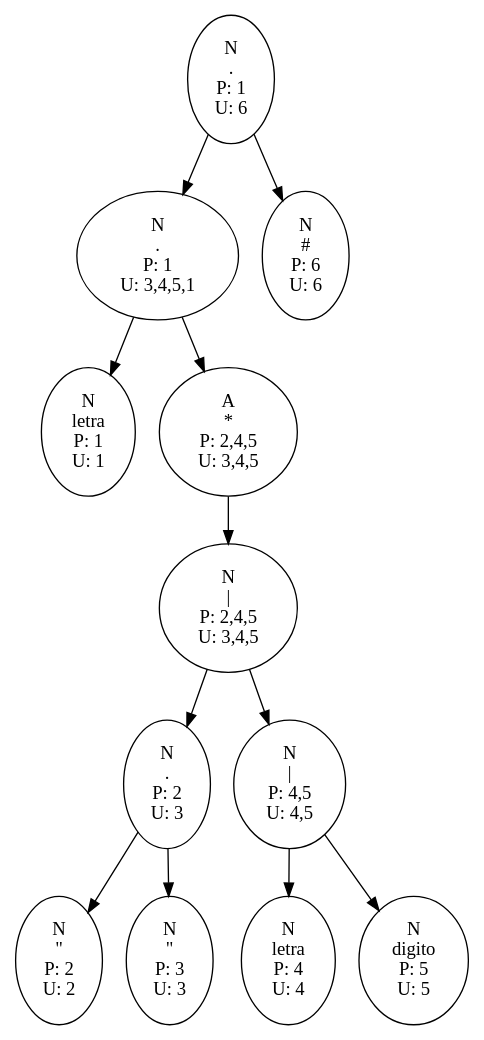
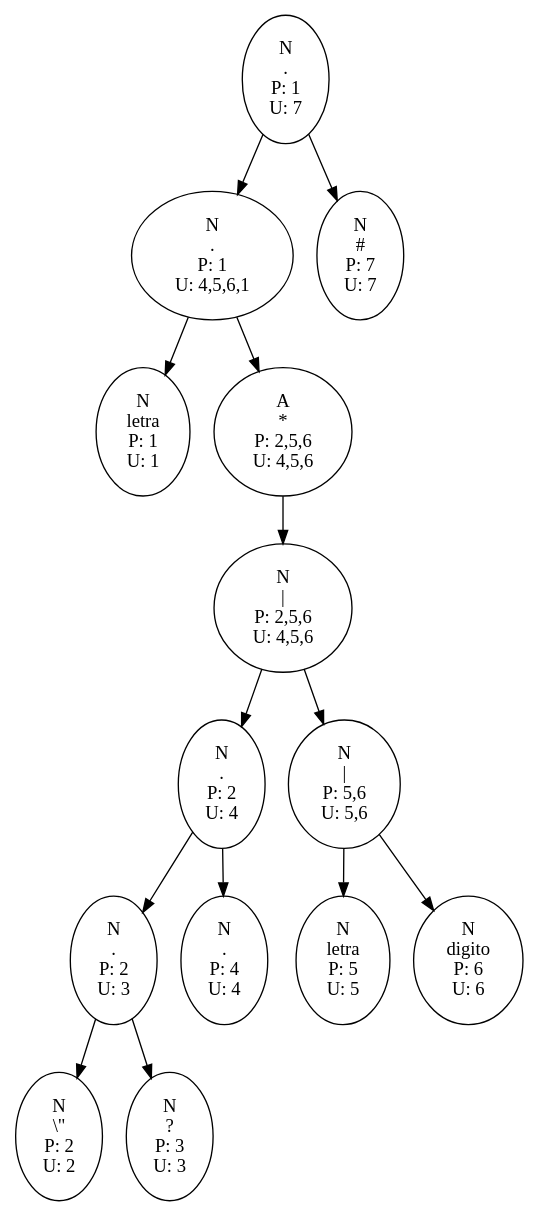
One commit to EstuardoSon/OCL1_202003894_P1 changed the diagram in Reportes_202003894/Arboles_202003894/ExpReg1.dot. Above: the diagram before and after it, drawn with Graphviz. The commit also changed 16 other files, not shown here.

```diff
--- a/Reportes_202003894/Arboles_202003894/ExpReg1.dot
+++ b/Reportes_202003894/Arboles_202003894/ExpReg1.dot
@@ -1,61 +1,71 @@
 digraph G{
-N6->N1
+N7->N1
 N1->1
 1[label="N
 letra
 P: 1
 U: 1"];
 N1[label="N
 .
 P: 1
-U: 3,4,5,1"];
-N1->N5
-N5->N3
+U: 4,5,6,1"];
+N1->N6
+N6->N4
+N4->N3
 N3->N2
 N2->2
 2[label="N
-\"
+\\\"
 P: 2
 U: 2"];
 N2[label="N
 .
 P: 2
 U: 3"];
 N2->3
 3[label="N
-\"
+\?
 P: 3
 U: 3"];
 N3[label="N
-|
-P: 2,4,5
-U: 3,4,5"];
-N3->N4
-N4->4
+.
+P: 2
+U: 4"];
+N3->4
 4[label="N
-letra
+.
 P: 4
 U: 4"];
 N4[label="N
 |
-P: 4,5
-U: 4,5"];
-N4->5
+P: 2,5,6
+U: 4,5,6"];
+N4->N5
+N5->5
 5[label="N
-digito
+letra
 P: 5
 U: 5"];
-N5[label="A
+N5[label="N
+|
+P: 5,6
+U: 5,6"];
+N5->6
+6[label="N
+digito
+P: 6
+U: 6"];
+N6[label="A
 *
-P: 2,4,5
-U: 3,4,5"];
-N6[label="N
+P: 2,5,6
+U: 4,5,6"];
+N7[label="N
 .
 P: 1
-U: 6"];
-N6->6
-6[label="N
+U: 7"];
+N7->7
+7[label="N
 #
-P: 6
-U: 6"];
+P: 7
+U: 7"];
 }
```
